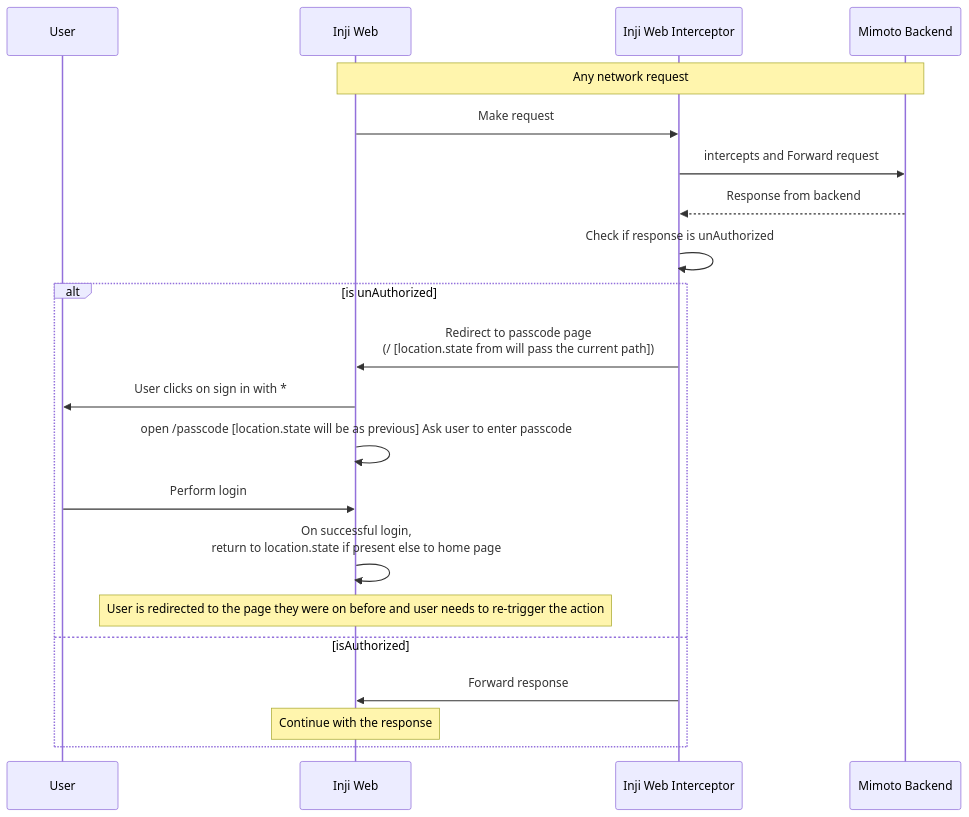
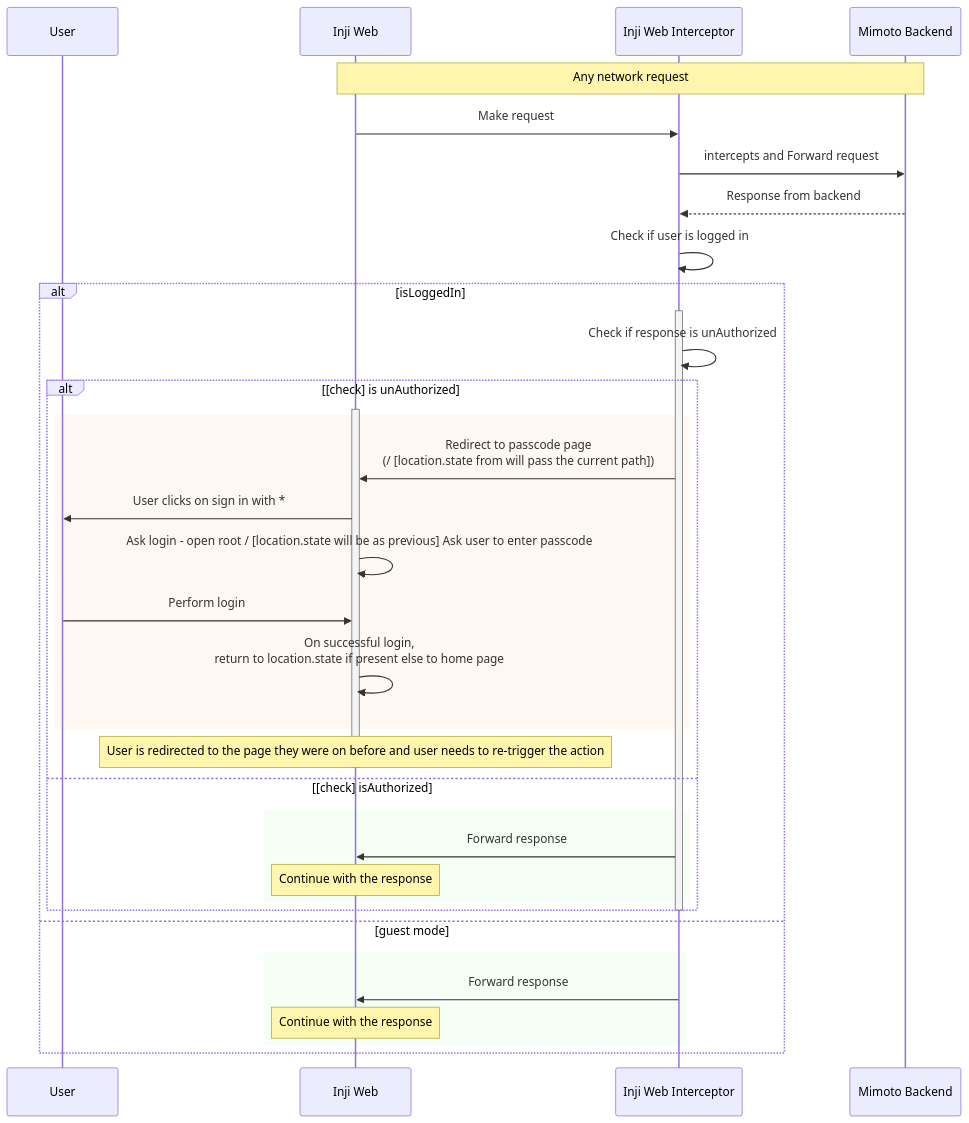
The third of 3 diagrams in inji-web/Notes.md (mosip/inji-web), drawn with Mermaid before and after one commit.

Commit message:
[INJIWEB-1590] update flow of API interactions diagram

````diff
--- a/inji-web/Notes.md
+++ b/inji-web/Notes.md
@@ -72,23 +72,39 @@
 ```mermaid
 sequenceDiagram
     participant user as User
     participant fe as Inji Web
     participant interceptor as Inji Web Interceptor
     participant be as Mimoto Backend
     Note over fe, be: Any network request
     fe ->> interceptor: Make request
     interceptor ->> be: intercepts and Forward request
     be -->> interceptor: Response from backend
-    interceptor ->> interceptor: Check if response is unAuthorized
-    alt is unAuthorized
-        interceptor ->> fe: Redirect to passcode page <br/>(/ [location.state from will pass the current path])
-        fe ->> user: User clicks on sign in with *
-        fe ->> fe: open /passcode [location.state will be as previous] Ask user to enter passcode
-        user ->> fe: Perform login
-        fe ->> fe: On successful login, <br/>return to location.state if present else to home page
-        note over fe: User is redirected to the page they were on before and user needs to re-trigger the action
-    else isAuthorized
-        interceptor ->> fe: Forward response
-        Note over fe: Continue with the response
+    interceptor ->> interceptor: Check if user is logged in
+    alt isLoggedIn
+        activate interceptor
+        interceptor ->> interceptor: Check if response is unAuthorized
+        alt [check] is unAuthorized
+            activate fe
+            rect rgb(255, 240, 230, 0.5)
+                interceptor ->> fe: Redirect to passcode page <br/>(/ [location.state from will pass the current path])
+                fe ->> user: User clicks on sign in with *
+                fe ->> fe: Ask login - open root / [location.state will be as previous] Ask user to enter passcode
+                user ->> fe: Perform login
+                fe ->> fe: On successful login, <br/>return to location.state if present else to home page
+            end
+            note over fe: User is redirected to the page they were on before and user needs to re-trigger the action
+            deactivate fe
+        else [check] isAuthorized
+            rect rgb(230, 255, 230, 0.4)
+                interceptor ->> fe: Forward response
+                note over fe: Continue with the response
+            end
+        end
+        deactivate interceptor
+    else guest mode
+        rect rgb(230, 255, 230, 0.4)
+            interceptor ->> fe: Forward response
+            note over fe: Continue with the response
+        end
     end
 ```
````
